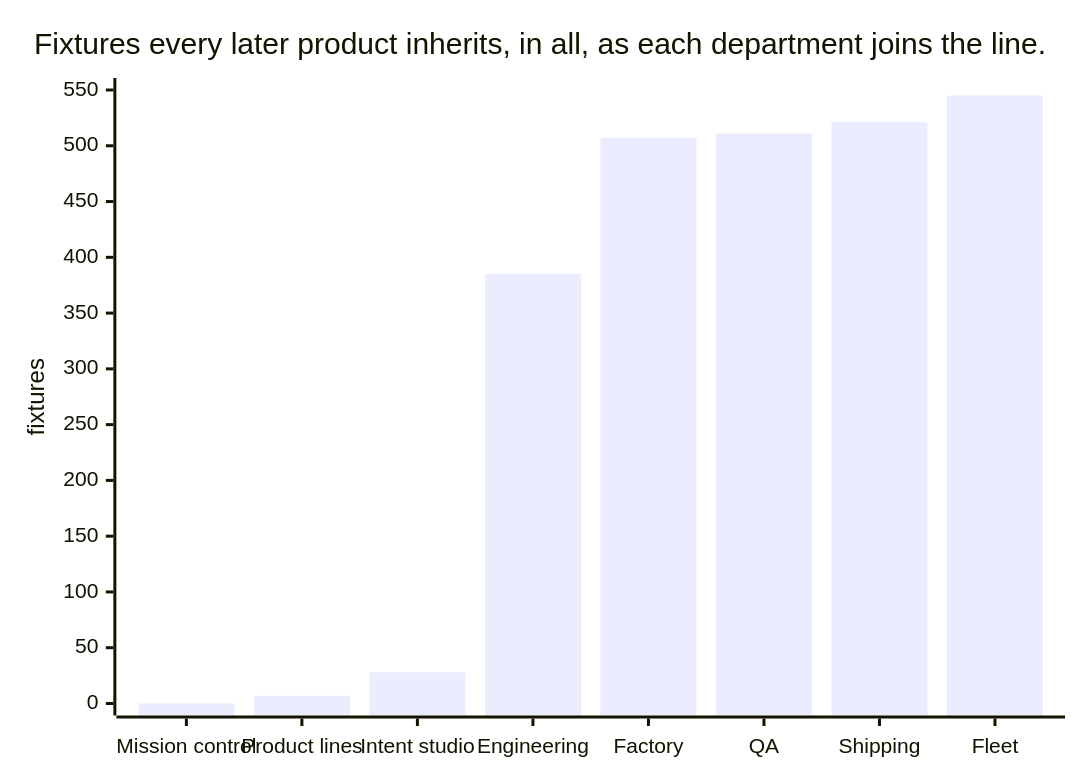
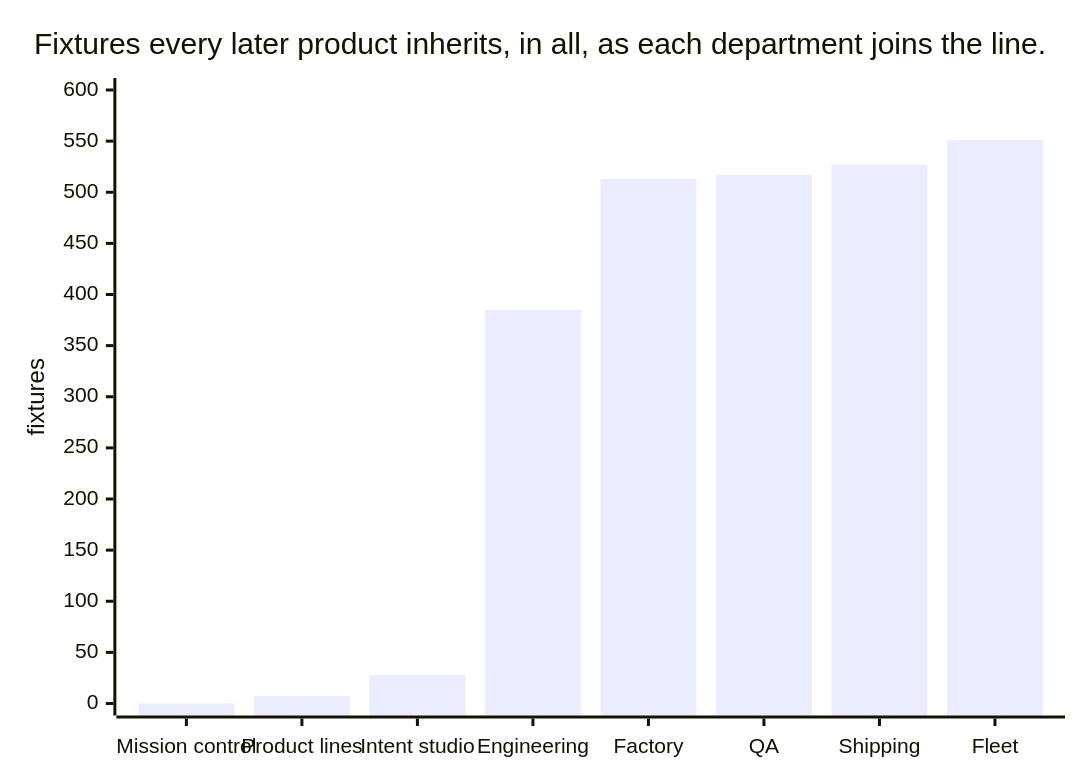
The second of 3 diagrams in intent/docs/line/README.md (russlittle/ZTHR), drawn with Mermaid before and after one commit. The commit also changed other lines of this file and 21 other files, not shown here.

````diff
--- a/intent/docs/line/README.md
+++ b/intent/docs/line/README.md
@@ -99,7 +99,7 @@
 ```mermaid
 xychart-beta
   title "Fixtures every later product inherits, in all, as each department joins the line."
   x-axis ["Mission control", "Product lines", "Intent studio", "Engineering", "Factory", "QA", "Shipping", "Fleet"]
-  y-axis "fixtures" 0 --> 550
-  bar [0, 7, 28, 385, 507, 511, 521, 545]
+  y-axis "fixtures" 0 --> 600
+  bar [0, 7, 28, 385, 513, 517, 527, 551]
 ```
````
